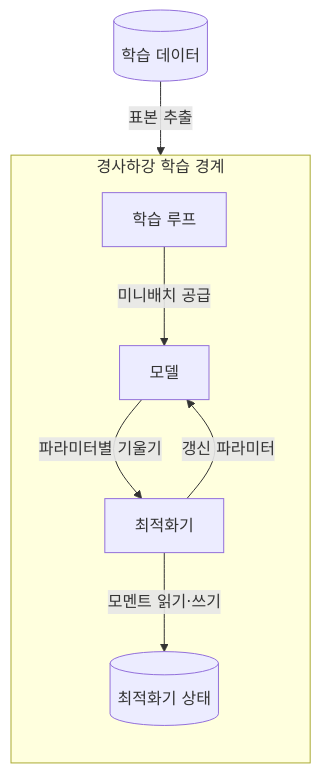
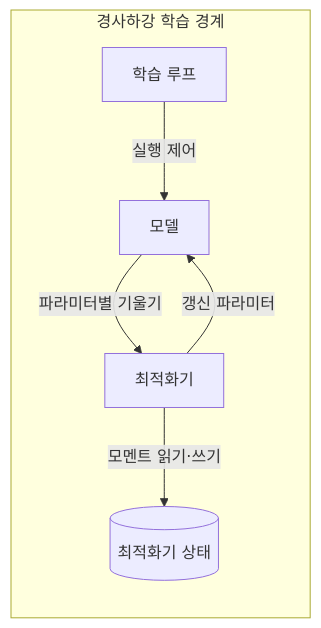
Before and after one commit to agnusdei1207/knowledge-base: the second of 4 diagrams in src/content/docs/notes/01-basic-theory/041_gradient_descent.md, drawn with Mermaid. The commit also changed other lines of this file and 22 other files, not shown here.

````diff
--- a/src/content/docs/notes/01-basic-theory/041_gradient_descent.md
+++ b/src/content/docs/notes/01-basic-theory/041_gradient_descent.md
@@ -65,16 +79,14 @@
 ```mermaid
 flowchart TB
-    D[(학습 데이터)]
     subgraph GD[경사하강 학습 경계]
         direction TB
         L[학습 루프]
         M[모델]
         O[최적화기]
         S[(최적화기 상태)]
-        L -->|미니배치 공급| M
+        L -->|실행 제어| M
         M -->|파라미터별 기울기| O
         O -->|갱신 파라미터| M
         O -->|모멘트 읽기·쓰기| S
     end
-    D -->|표본 추출| L
 ```
````
